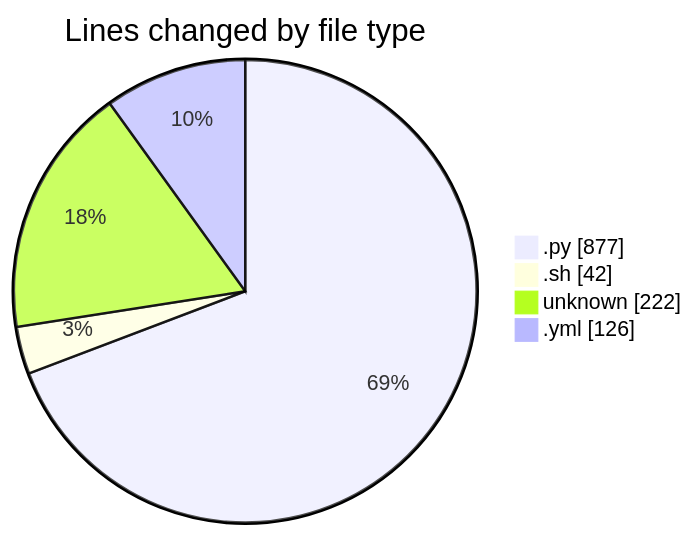
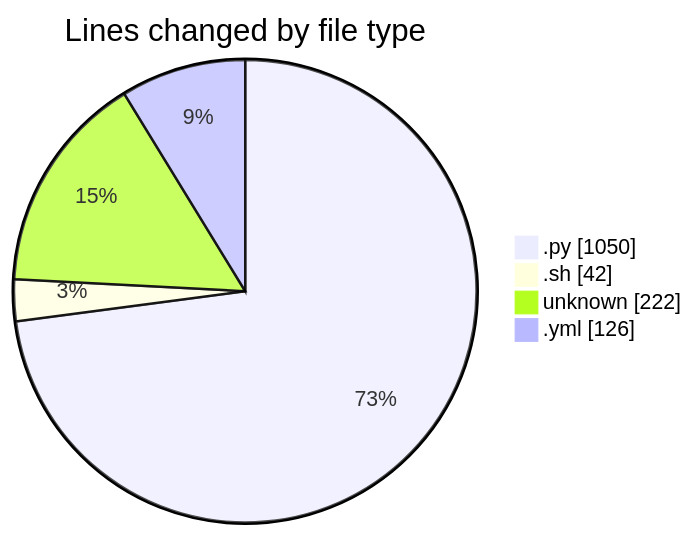
One commit to Elitesun/code-tracking changed the first of 2 diagrams in 2025-05-14/niten/README.md. Above: the diagram before and after it, drawn with Mermaid. The commit also changed other lines of this file and 1 other file, not shown here.

````diff
--- a/2025-05-14/niten/README.md
+++ b/2025-05-14/niten/README.md
@@ -31,8 +32,8 @@
 ```mermaid
 pie showData
 title Lines changed by file type
-".py" : 877
+".py" : 1050
 ".sh" : 42
 "unknown" : 222
 ".yml" : 126
 ```
````
